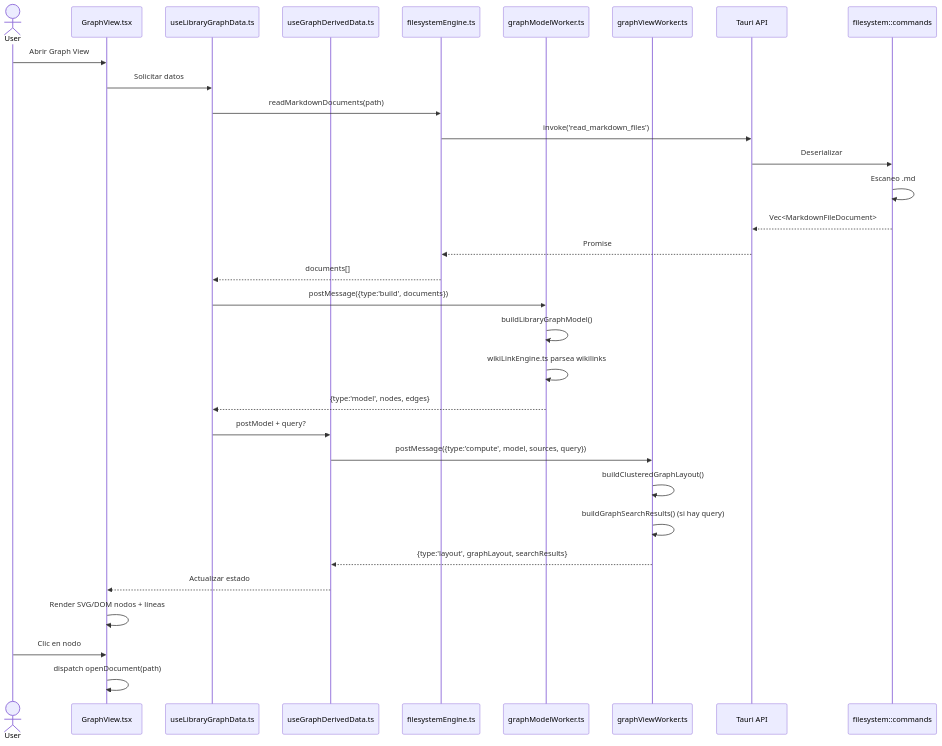
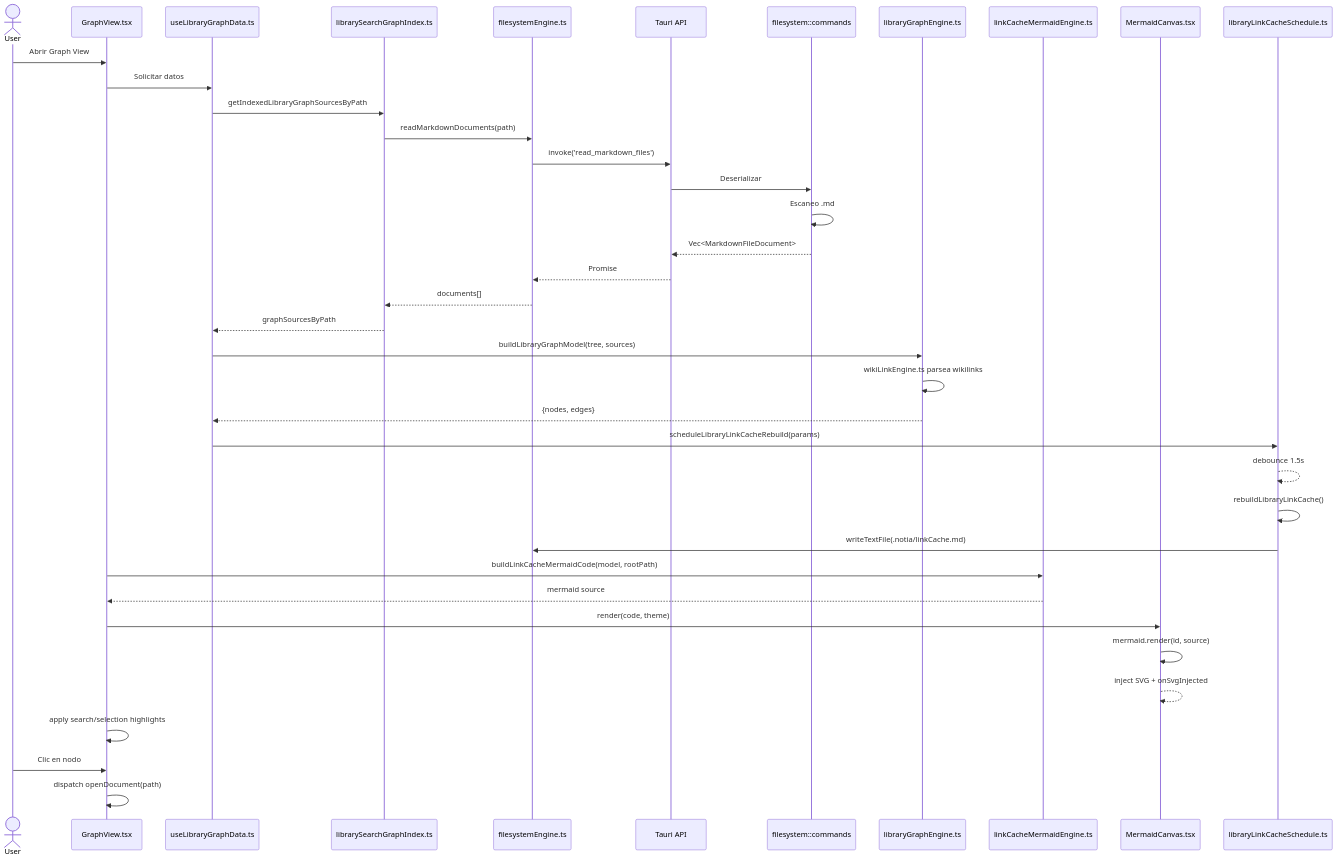
One commit to GabrielMiuzzi/notia changed diagram 25 of 42 in README-TECH.md. Above: the diagram before and after it, drawn with Mermaid. The commit also changed other lines of this file and 23 other files, not shown here.

First line of the commit message:
feat(graph,mermaid): Graph View via Mermaid, linkCache auto-rebuild, lazy inline renders

````diff
--- a/README-TECH.md
+++ b/README-TECH.md
@@ -1987,39 +2008,47 @@
 ```mermaid
 sequenceDiagram
     actor User
     participant Graph as GraphView.tsx
     participant GraphData as useLibraryGraphData.ts
-    participant GraphDerived as useGraphDerivedData.ts
+    participant Index as librarySearchGraphIndex.ts
     participant FSEngine as filesystemEngine.ts
-    participant ModelWorker as graphModelWorker.ts
-    participant ViewWorker as graphViewWorker.ts
     participant Tauri as Tauri API
     participant RustCmd as filesystem::commands
+    participant LibGraph as libraryGraphEngine.ts
+    participant LinkEngine as linkCacheMermaidEngine.ts
+    participant Canvas as MermaidCanvas.tsx
+    participant Cache as libraryLinkCacheSchedule.ts
 
     User->>Graph: Abrir Graph View
     Graph->>GraphData: Solicitar datos
-    GraphData->>FSEngine: readMarkdownDocuments(path)
+    GraphData->>Index: getIndexedLibraryGraphSourcesByPath
+    Index->>FSEngine: readMarkdownDocuments(path)
     FSEngine->>Tauri: invoke('read_markdown_files')
     Tauri->>RustCmd: Deserializar
     RustCmd->>RustCmd: Escaneo .md
     RustCmd-->>Tauri: Vec<MarkdownFileDocument>
     Tauri-->>FSEngine: Promise
-    FSEngine-->>GraphData: documents[]
+    FSEngine-->>Index: documents[]
+    Index-->>GraphData: graphSourcesByPath
 
-    GraphData->>ModelWorker: postMessage({type:'build', documents})
-    ModelWorker->>ModelWorker: buildLibraryGraphModel()
-    ModelWorker->>ModelWorker: wikiLinkEngine.ts parsea wikilinks
-    ModelWorker-->>GraphData: {type:'model', nodes, edges}
+    GraphData->>LibGraph: buildLibraryGraphModel(tree, sources)
+    LibGraph->>LibGraph: wikiLinkEngine.ts parsea wikilinks
+    LibGraph-->>GraphData: {nodes, edges}
 
-    GraphData->>GraphDerived: postModel + query?
-    GraphDerived->>ViewWorker: postMessage({type:'compute', model, sources, query})
-    ViewWorker->>ViewWorker: buildClusteredGraphLayout()
-    ViewWorker->>ViewWorker: buildGraphSearchResults() (si hay query)
-    ViewWorker-->>GraphDerived: {type:'layout', graphLayout, searchResults}
+    GraphData->>Cache: scheduleLibraryLinkCacheRebuild(params)
+    Cache-->>Cache: debounce 1.5s
+    Cache->>Cache: rebuildLibraryLinkCache()
+    Cache->>FSEngine: writeTextFile(.notia/linkCache.md)
 
-    GraphDerived-->>Graph: Actualizar estado
-    Graph->>Graph: Render SVG/DOM nodos + líneas
+    Graph->>LinkEngine: buildLinkCacheMermaidCode(model, rootPath)
+    LinkEngine-->>Graph: mermaid source
+
+    Graph->>Canvas: render(code, theme)
+    Canvas->>Canvas: mermaid.render(id, source)
+    Canvas-->>Canvas: inject SVG + onSvgInjected
+
+    Graph->>Graph: apply search/selection highlights
 
     User->>Graph: Clic en nodo
     Graph->>Graph: dispatch openDocument(path)
 ```
````
